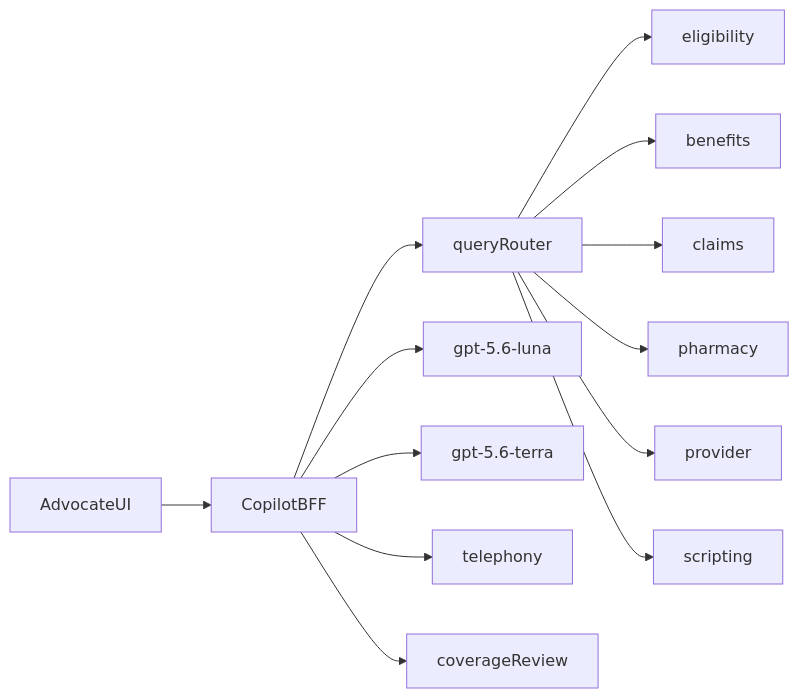
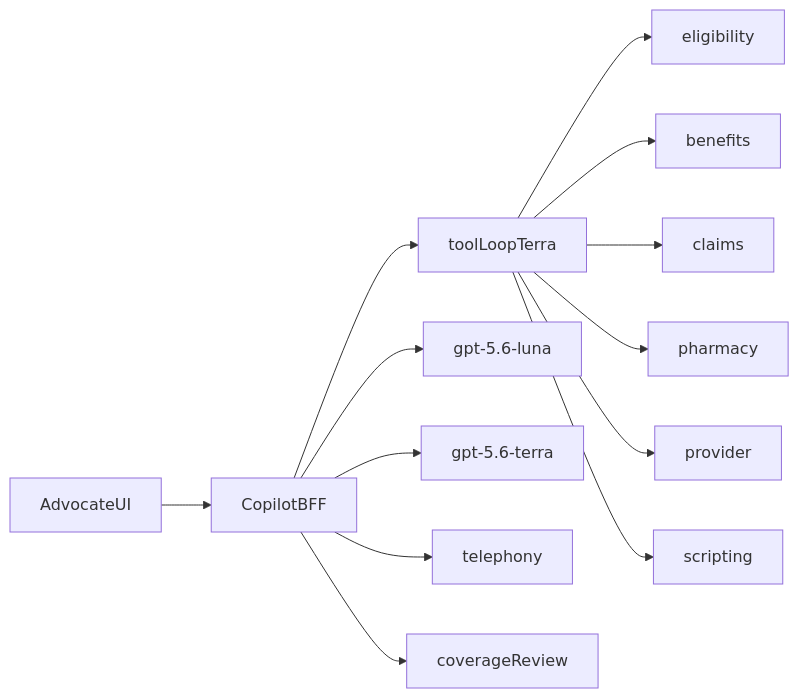
Before and after one commit to catchharish/humana-agent-assist: the diagram in PLAN.md, drawn with Mermaid. The commit also changed other lines of this file and 88 other files, not shown here.

````diff
--- a/PLAN.md
+++ b/PLAN.md
@@ -86,28 +108,28 @@
 ```mermaid
 flowchart LR
   ui[AdvocateUI]
   bff[CopilotBFF]
-  router[queryRouter]
+  router[toolLoopTerra]
   fast[gpt-5.6-luna]
   mid[gpt-5.6-terra]
   elig[eligibility]
   ben[benefits]
   clm[claims]
   rx[pharmacy]
   prov[provider]
   scr[scripting]
   tel[telephony]
   cvr[coverageReview]
   ui --> bff
   bff --> fast
   bff --> mid
   bff --> router
   router --> elig
   router --> ben
   router --> clm
   router --> rx
   router --> prov
   router --> scr
   bff --> tel
   bff --> cvr
 ```
````
